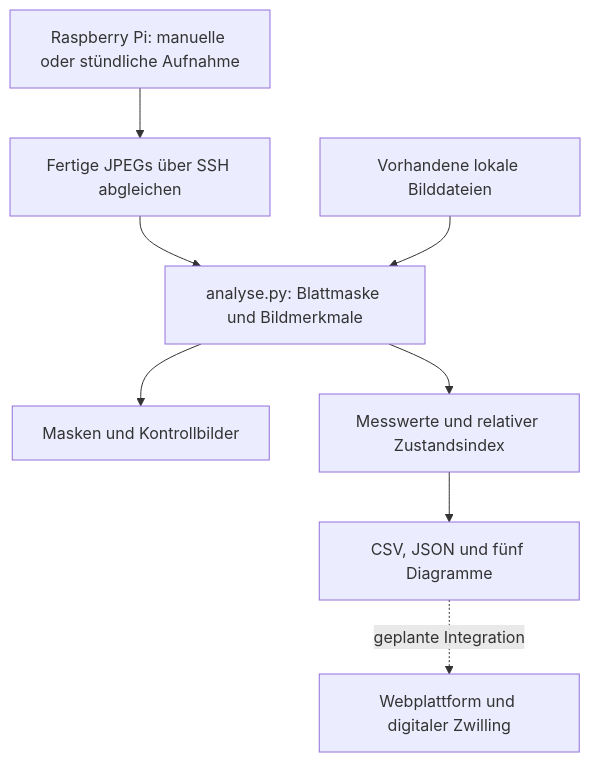
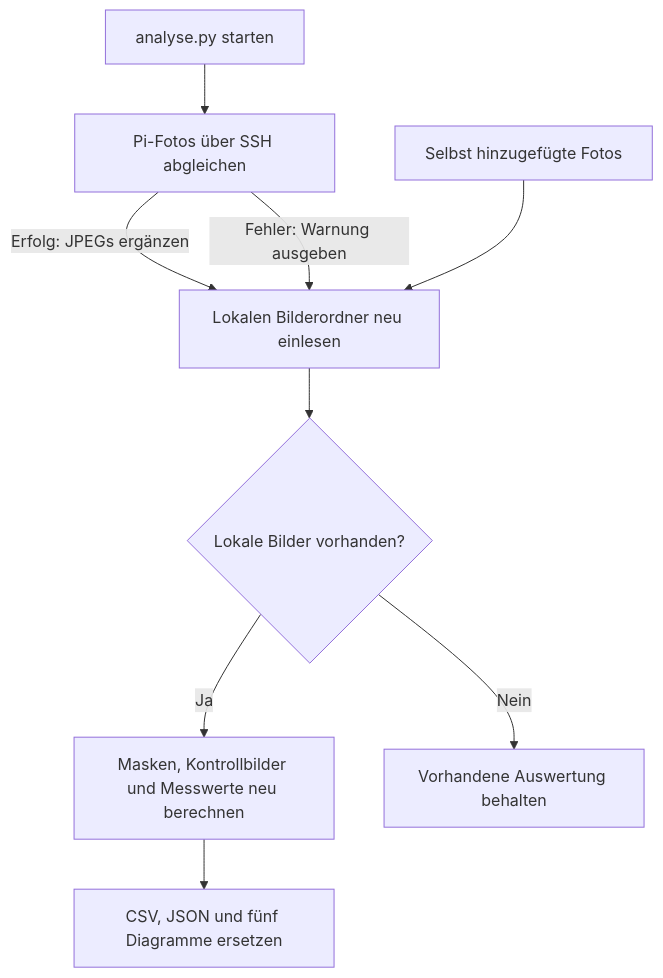
The diagram in README.md (atidaashta/BioBox), drawn with Mermaid before and after one commit. The commit also changed other lines of this file and 49 other files, not shown here.

````diff
--- a/README.md
+++ b/README.md
@@ -46,10 +47,11 @@
 ```mermaid
 flowchart TD
-    Pi["Raspberry Pi: manuelle oder stündliche Aufnahme"] --> Abruf["Fertige JPEGs über SSH abgleichen"]
-    Abruf --> Analyse["analyse.py: Blattmaske und Bildmerkmale"]
-    Lokal["Vorhandene lokale Bilddateien"] --> Analyse
-    Analyse --> Kontrolle["Masken und Kontrollbilder"]
-    Analyse --> Daten["Messwerte und relativer Zustandsindex"]
-    Daten --> Ausgabe["CSV, JSON und fünf Diagramme"]
-    Ausgabe -. geplante Integration .-> Plattform["Webplattform und digitaler Zwilling"]
+    Start["analyse.py starten"] --> Abruf["Pi-Fotos über SSH abgleichen"]
+    Abruf -->|Erfolg: JPEGs ergänzen| Bestand["Lokalen Bilderordner neu einlesen"]
+    Abruf -->|Fehler: Warnung ausgeben| Bestand
+    Lokal["Selbst hinzugefügte Fotos"] --> Bestand
+    Bestand --> Auswahl{"Lokale Bilder vorhanden?"}
+    Auswahl -->|Ja| Analyse["Masken, Kontrollbilder und Messwerte neu berechnen"]
+    Auswahl -->|Nein| Ende["Vorhandene Auswertung behalten"]
+    Analyse --> Ausgabe["CSV, JSON und fünf Diagramme ersetzen"]
 ```
````
